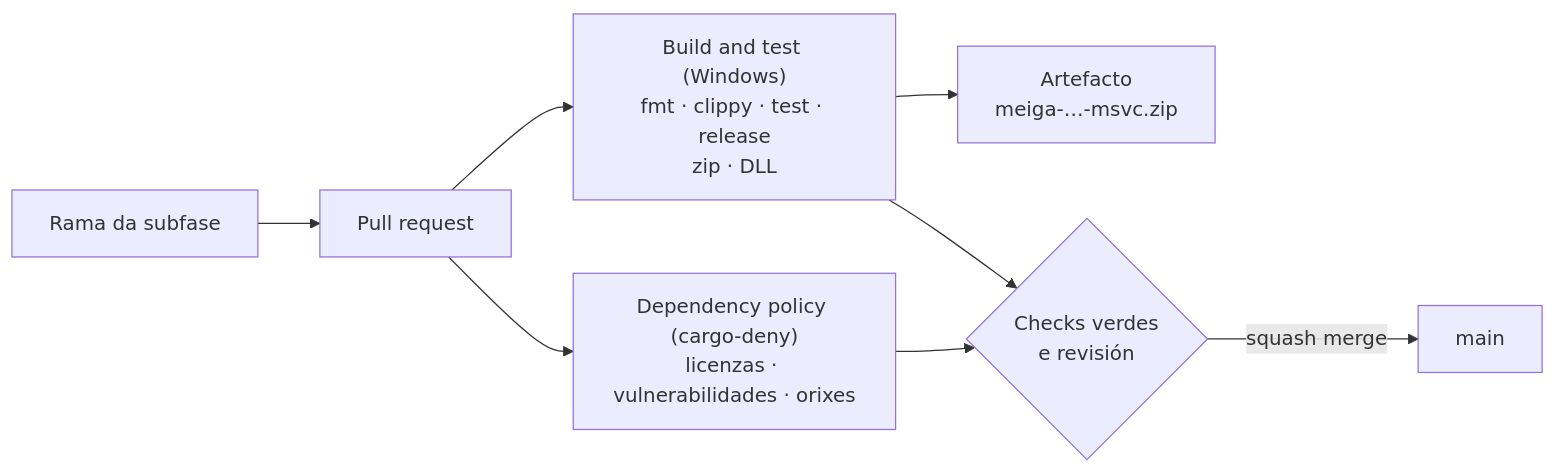
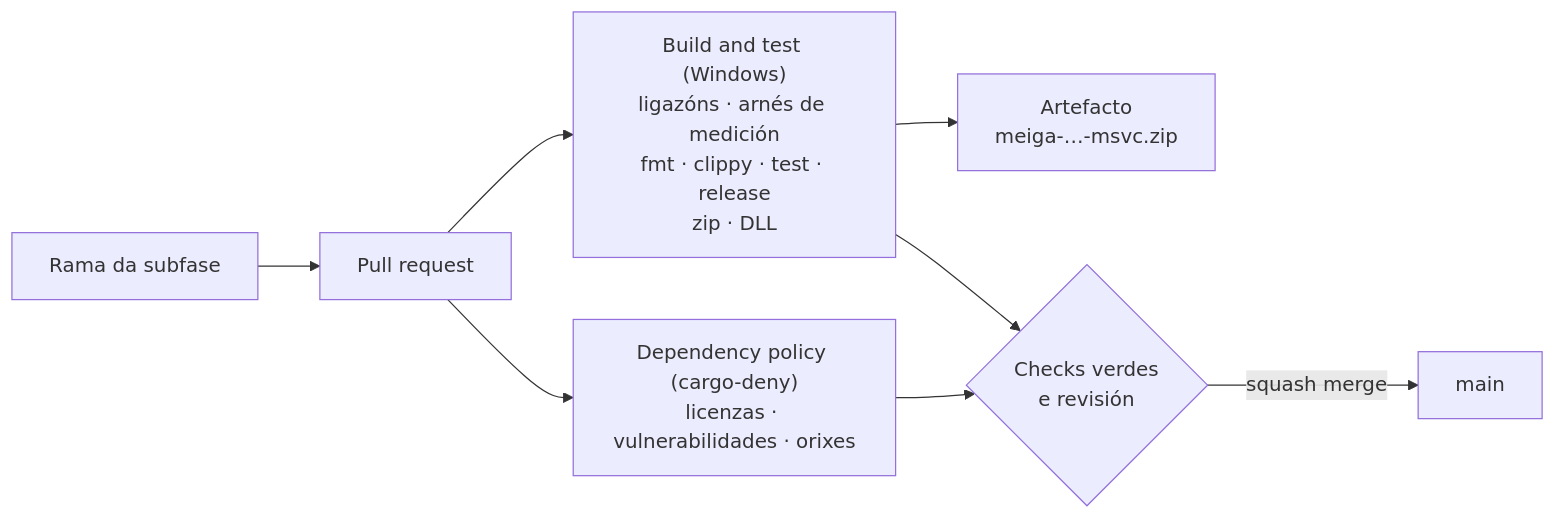
One commit to NewHouses/meiga changed the third of 4 diagrams in docs/arquitectura.md. Above: the diagram before and after it, drawn with Mermaid. The commit also changed other lines of this file and 12 other files, not shown here.

````diff
--- a/docs/arquitectura.md
+++ b/docs/arquitectura.md
@@ -108,10 +108,10 @@
 ```mermaid
 flowchart LR
     rama["Rama da subfase"] --> pr["Pull request"]
-    pr --> win["Build and test (Windows)<br/>fmt · clippy · test · release<br/>zip · DLL"]
+    pr --> win["Build and test (Windows)<br/>ligazóns · arnés de medición<br/>fmt · clippy · test · release<br/>zip · DLL"]
     pr --> deny["Dependency policy (cargo-deny)<br/>licenzas · vulnerabilidades · orixes"]
     win --> art["Artefacto<br/>meiga-…-msvc.zip"]
     win --> ok{"Checks verdes<br/>e revisión"}
     deny --> ok
     ok -->|squash merge| main["main"]
 ```
````
